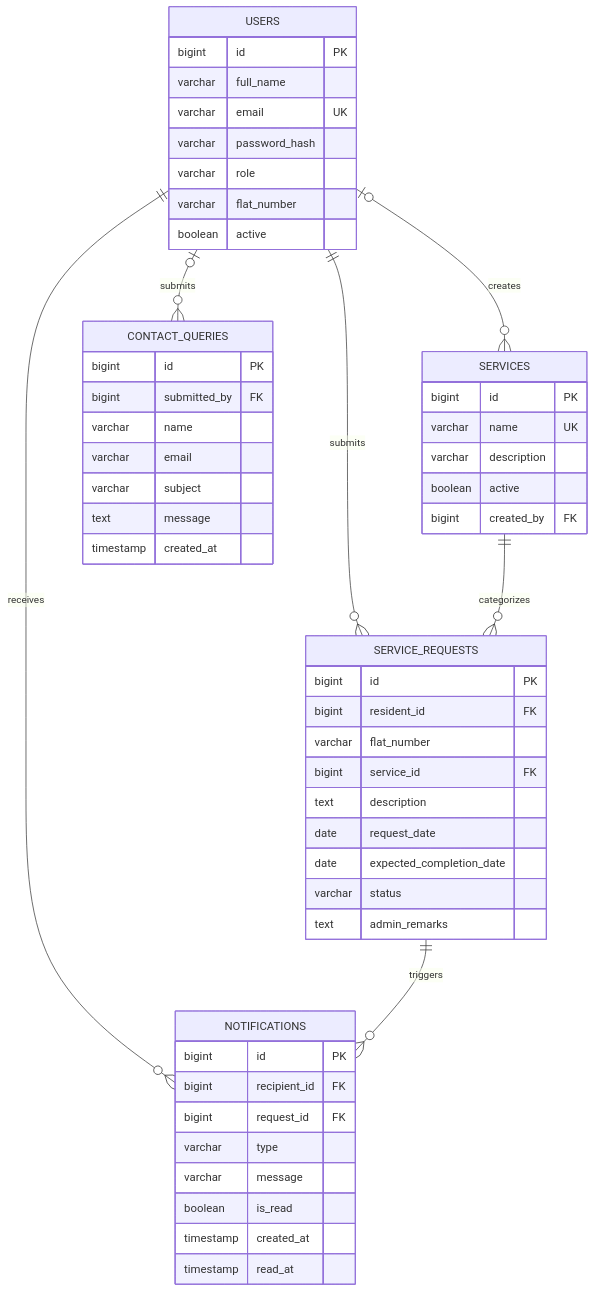
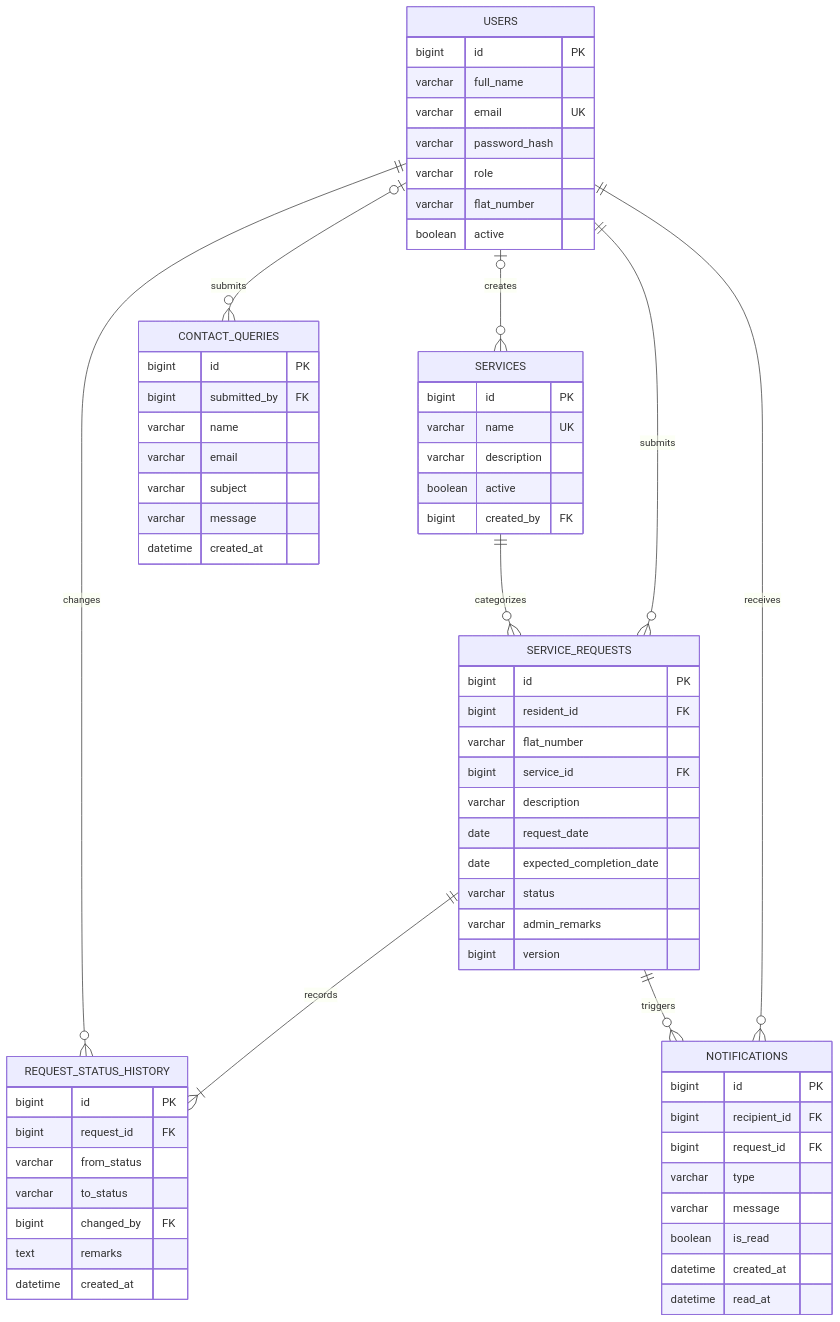
The diagram in docs/data-model.md (ANAND-S-2003/resident-management-system), drawn with Mermaid before and after one commit. The commit also changed other lines of this file and 6 other files, not shown here.

````diff
--- a/docs/data-model.md
+++ b/docs/data-model.md
@@ -84,55 +105,67 @@
 ```mermaid
 erDiagram
     USERS ||--o{ SERVICE_REQUESTS : submits
     SERVICES ||--o{ SERVICE_REQUESTS : categorizes
+    SERVICE_REQUESTS ||--|{ REQUEST_STATUS_HISTORY : records
+    USERS ||--o{ REQUEST_STATUS_HISTORY : changes
     USERS ||--o{ NOTIFICATIONS : receives
     SERVICE_REQUESTS ||--o{ NOTIFICATIONS : triggers
     USERS o|--o{ SERVICES : creates
     USERS o|--o{ CONTACT_QUERIES : submits
     USERS {
       bigint id PK
       varchar full_name
       varchar email UK
       varchar password_hash
       varchar role
       varchar flat_number
       boolean active
     }
     SERVICES {
       bigint id PK
       varchar name UK
       varchar description
       boolean active
       bigint created_by FK
     }
     SERVICE_REQUESTS {
       bigint id PK
       bigint resident_id FK
       varchar flat_number
       bigint service_id FK
-      text description
+      varchar description
       date request_date
       date expected_completion_date
       varchar status
-      text admin_remarks
+      varchar admin_remarks
+      bigint version
+    }
+    REQUEST_STATUS_HISTORY {
+      bigint id PK
+      bigint request_id FK
+      varchar from_status
+      varchar to_status
+      bigint changed_by FK
+      text remarks
+      datetime created_at
     }
     NOTIFICATIONS {
       bigint id PK
       bigint recipient_id FK
       bigint request_id FK
       varchar type
       varchar message
       boolean is_read
-      timestamp created_at
-      timestamp read_at
+      datetime created_at
+      datetime read_at
     }
     CONTACT_QUERIES {
       bigint id PK
       bigint submitted_by FK
       varchar name
       varchar email
       varchar subject
-      text message
-      timestamp created_at
+      varchar message
+      datetime created_at
     }
 ```
````
